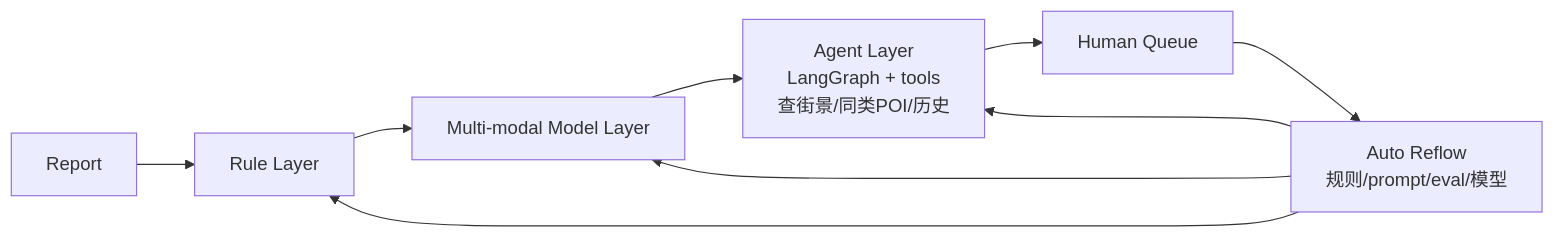
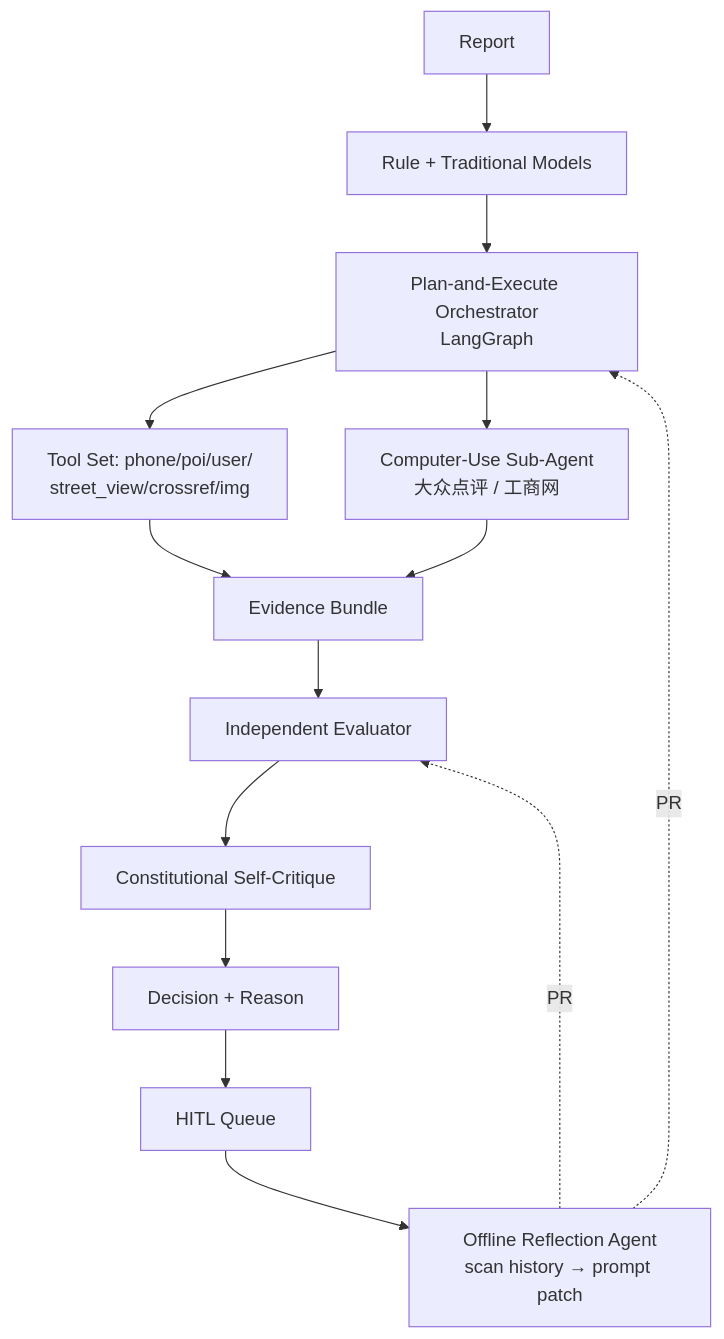
The fourth of 4 diagrams in docs/interview/baidu-map-ugc.md (chinazhenzhen/ultramarines), drawn with Mermaid before and after one commit. The commit also changed other lines of this file and 3 other files, not shown here.

````diff
--- a/docs/interview/baidu-map-ugc.md
+++ b/docs/interview/baidu-map-ugc.md
@@ -519,11 +1003,15 @@
 ```mermaid
-flowchart LR
-  A[Report] --> R[Rule Layer]
-  R --> M[Multi-modal Model Layer]
-  M --> AG[Agent Layer<br/>LangGraph + tools<br/>查街景/同类POI/历史]
-  AG --> HITL[Human Queue]
-  HITL --> RFL[Auto Reflow<br/>规则/prompt/eval/模型]
-  RFL --> R
-  RFL --> M
-  RFL --> AG
+flowchart TB
+  A[Report] --> R[Rule + Traditional Models]
+  R --> ORCH[Plan-and-Execute Orchestrator<br/>LangGraph]
+  ORCH --> TOOLS[Tool Set: phone/poi/user/<br/>street_view/crossref/img]
+  ORCH --> COMP[Computer-Use Sub-Agent<br/>大众点评 / 工商网]
+  TOOLS & COMP --> EVI[Evidence Bundle]
+  EVI --> EVAL[Independent Evaluator]
+  EVAL --> CONST[Constitutional Self-Critique]
+  CONST --> DECISION[Decision + Reason]
+  DECISION --> HITL[HITL Queue]
+  HITL --> OFFLINE[Offline Reflection Agent<br/>scan history → prompt patch]
+  OFFLINE -.->|PR| ORCH
+  OFFLINE -.->|PR| EVAL
 ```
````
